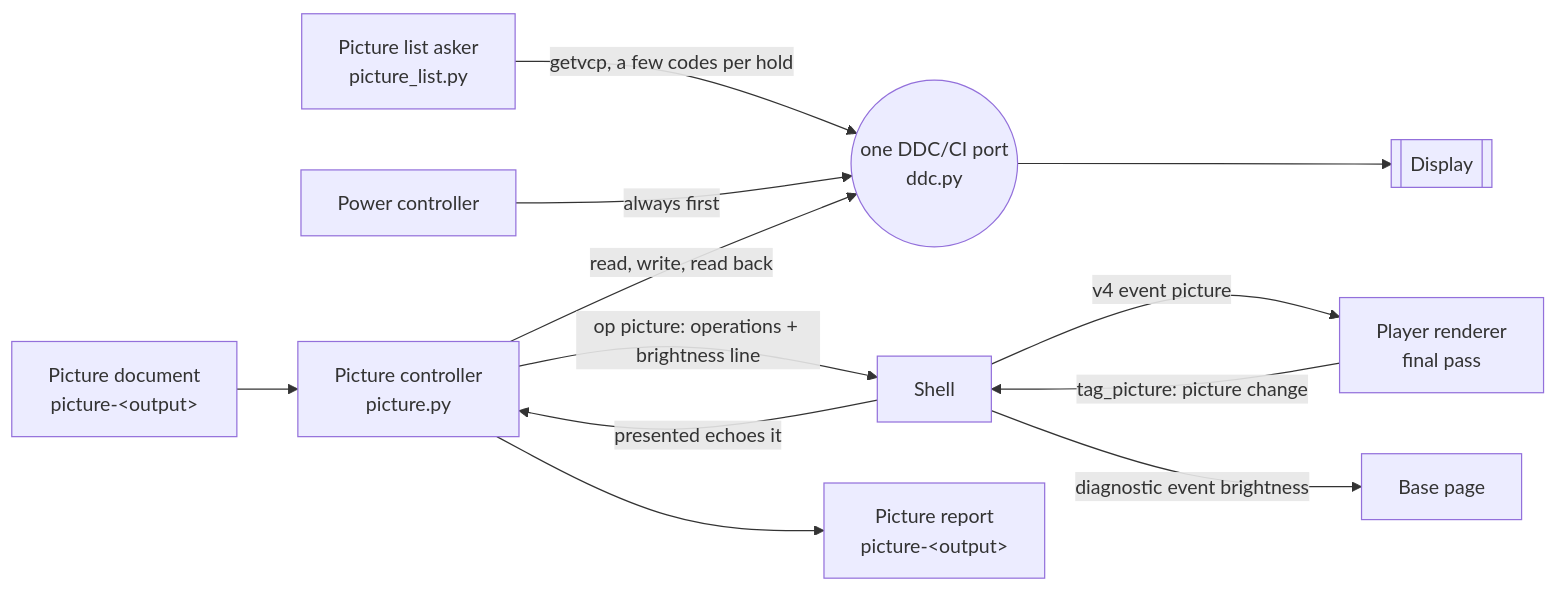
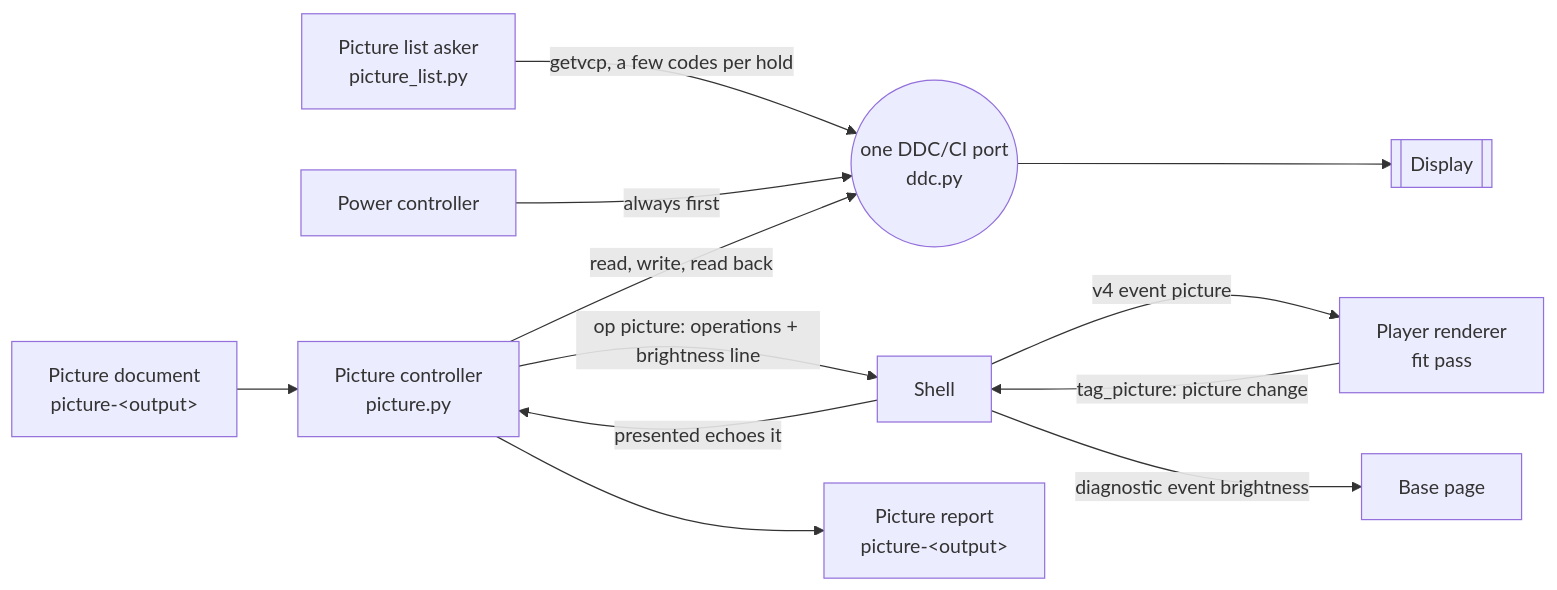
The sixth of 6 diagrams in docs/player-architecture.md (mcurcio/photo-wall), drawn with Mermaid before and after one commit. The commit also changed other lines of this file and 20 other files, not shown here.

````diff
--- a/docs/player-architecture.md
+++ b/docs/player-architecture.md
@@ -264,12 +267,12 @@
 ```mermaid
 flowchart LR
   DOC[Picture document<br/>picture-&lt;output&gt;] --> PC[Picture controller<br/>picture.py]
   ASK[Picture list asker<br/>picture_list.py] -->|getvcp, a few codes per hold| PORT((one DDC/CI port<br/>ddc.py))
   PW[Power controller] -->|always first| PORT
   PC -->|read, write, read back| PORT --> MON[[Display]]
   PC -->|op picture: operations + brightness line| SH[Shell]
-  SH -->|v4 event picture| PL[Player renderer<br/>final pass]
+  SH -->|v4 event picture| PL[Player renderer<br/>fit pass]
   SH -->|diagnostic event brightness| OV[Base page]
   PL -->|tag_picture: picture change| SH -->|presented echoes it| PC
   PC --> REP[Picture report<br/>picture-&lt;output&gt;]
 ```
````
